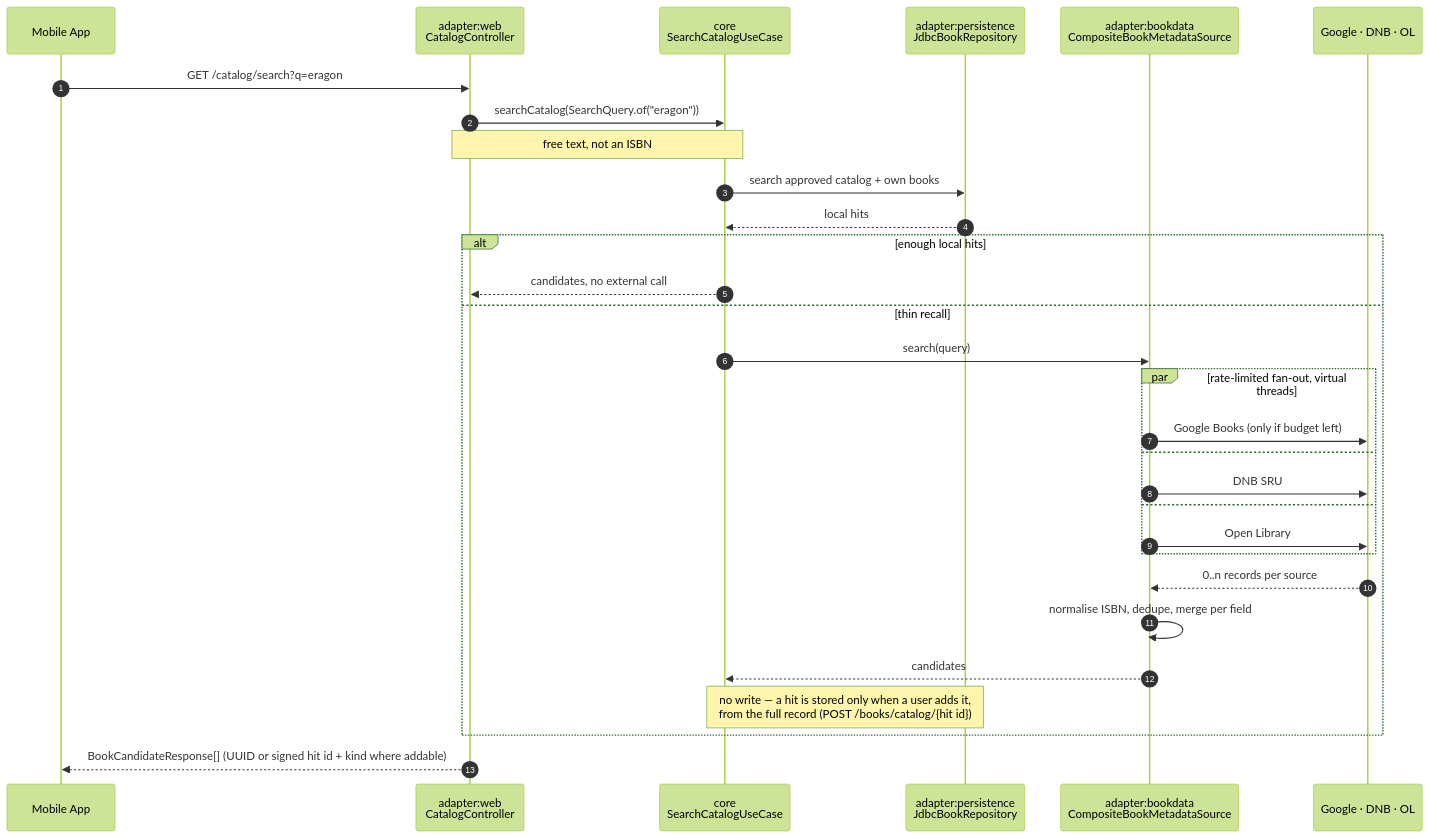
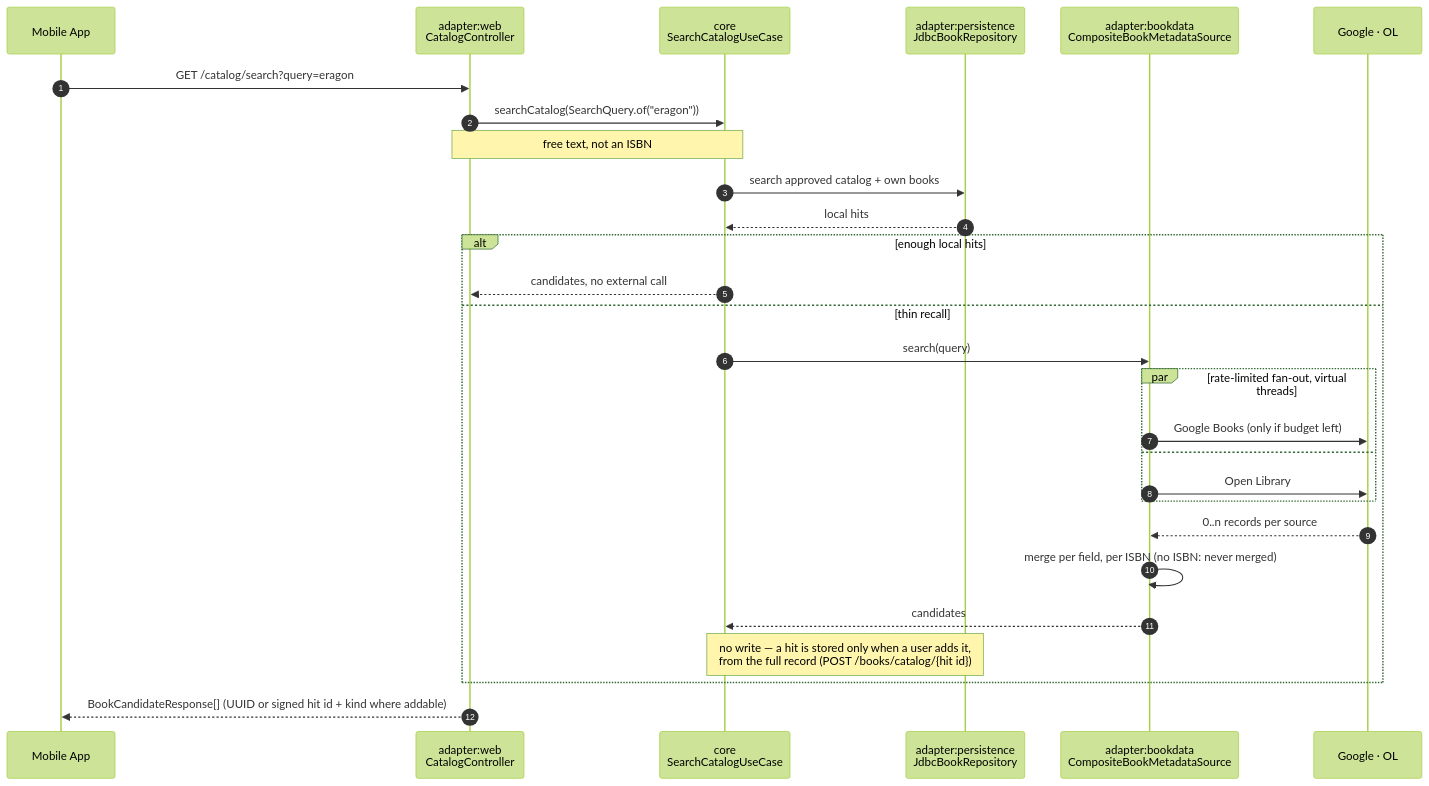
The fourth of 4 diagrams in backend/docs/architecture.md (AnSrwn/BookTracker), drawn with Mermaid (forest theme) before and after one commit. The commit also changed other lines of this file and 60 other files, not shown here.

Commit message:
Merge book sources field by field in a parallel fan-out, keyed by a stored language

````diff
--- a/backend/docs/architecture.md
+++ b/backend/docs/architecture.md
@@ -492,33 +507,31 @@
 ```mermaid
 sequenceDiagram
     autonumber
     participant App as Mobile App
     participant Ctrl as adapter:web<br/>CatalogController
     participant UC as core<br/>SearchCatalogUseCase
     participant Repo as adapter:persistence<br/>JdbcBookRepository
     participant Src as adapter:bookdata<br/>CompositeBookMetadataSource
-    participant Ext as Google · DNB · OL
+    participant Ext as Google · OL
 
-    App->>Ctrl: GET /catalog/search?q=eragon
+    App->>Ctrl: GET /catalog/search?query=eragon
     Ctrl->>UC: searchCatalog(SearchQuery.of("eragon"))
     Note over Ctrl,UC: free text, not an ISBN
     UC->>Repo: search approved catalog + own books
     Repo-->>UC: local hits
     alt enough local hits
         UC-->>Ctrl: candidates, no external call
     else thin recall
         UC->>Src: search(query)
         par rate-limited fan-out, virtual threads
             Src->>Ext: Google Books (only if budget left)
         and
-            Src->>Ext: DNB SRU
-        and
             Src->>Ext: Open Library
         end
         Ext-->>Src: 0..n records per source
-        Src->>Src: normalise ISBN, dedupe, merge per field
+        Src->>Src: merge per field, per ISBN (no ISBN: never merged)
         Src-->>UC: candidates
         Note over UC,Repo: no write — a hit is stored only when a user adds it,<br/>from the full record (POST /books/catalog/{hit id})
     end
     Ctrl-->>App: BookCandidateResponse[] (UUID or signed hit id + kind where addable)
 ```
````
